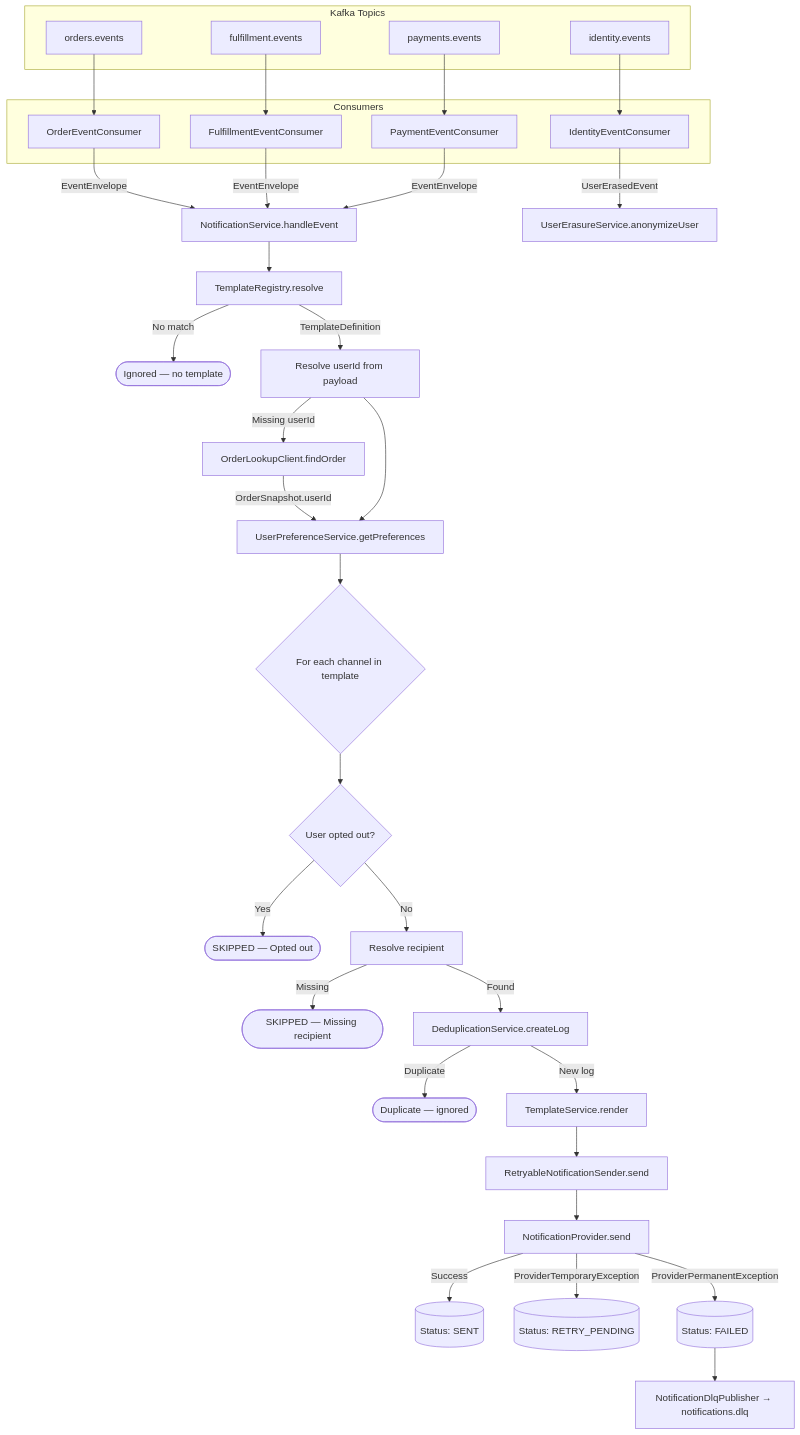
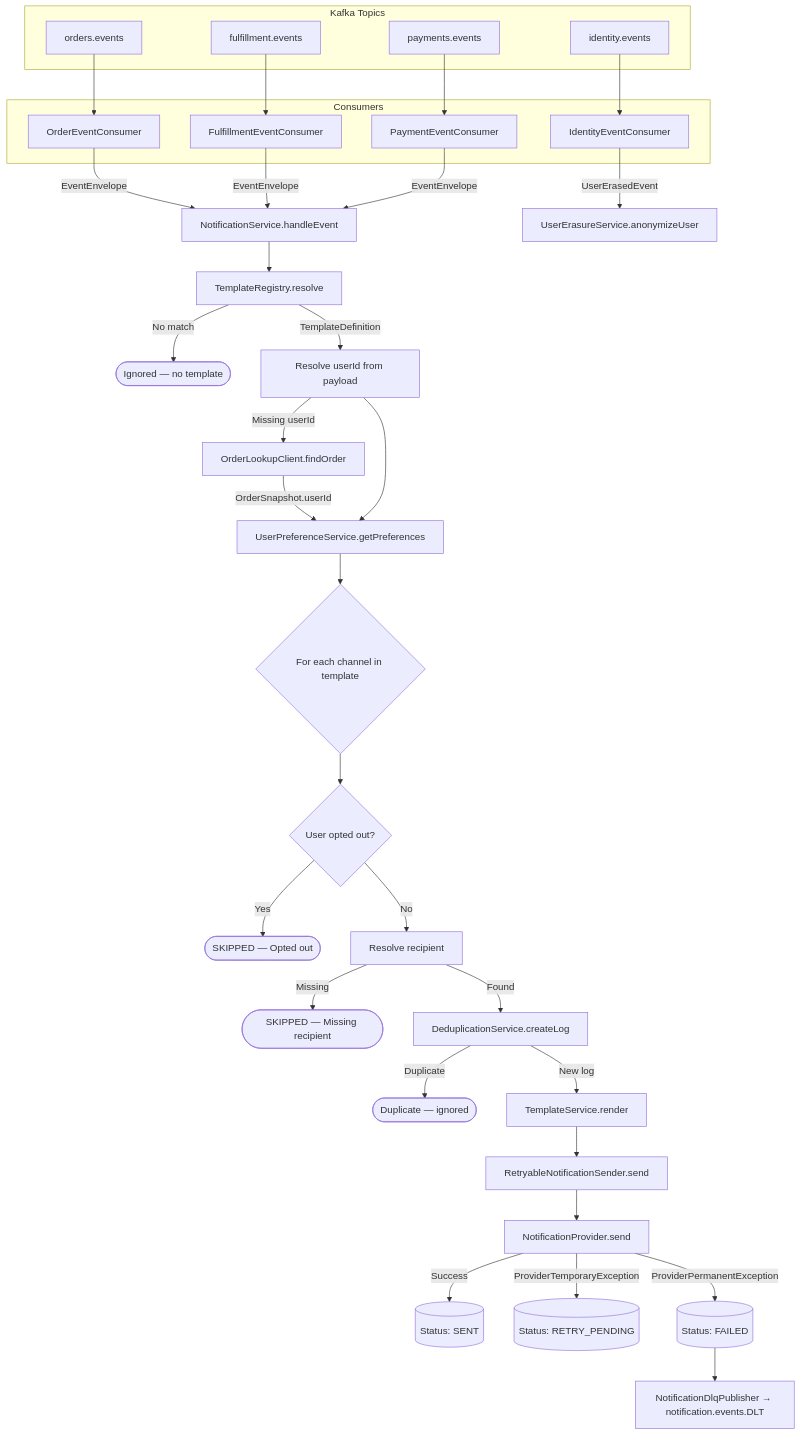
Before and after one commit to sunitakeazycommerz-a11y/InstaCommerce: the first of 6 diagrams in services/notification-service/README.md, drawn with Mermaid. The commit also changed other lines of this file and 33 other files, not shown here.

````diff
--- a/services/notification-service/README.md
+++ b/services/notification-service/README.md
@@ -47,50 +47,50 @@
 ```mermaid
 flowchart TD
     subgraph Kafka Topics
         OT[orders.events]
         FT[fulfillment.events]
         PT[payments.events]
         IT[identity.events]
     end
 
     subgraph Consumers
         OC[OrderEventConsumer]
         FC[FulfillmentEventConsumer]
         PC[PaymentEventConsumer]
         IC[IdentityEventConsumer]
     end
 
     OT --> OC
     FT --> FC
     PT --> PC
     IT --> IC
 
     OC --> |EventEnvelope| NS[NotificationService.handleEvent]
     FC --> |EventEnvelope| NS
     PC --> |EventEnvelope| NS
 
     IC --> |UserErasedEvent| UES[UserErasureService.anonymizeUser]
 
     NS --> TR[TemplateRegistry.resolve]
     TR --> |No match| DROP([Ignored — no template])
     TR --> |TemplateDefinition| UID[Resolve userId from payload]
     UID --> |Missing userId| OLC[OrderLookupClient.findOrder]
     OLC --> |OrderSnapshot.userId| PREFS
 
     UID --> PREFS[UserPreferenceService.getPreferences]
     PREFS --> LOOP{For each channel in template}
 
     LOOP --> OPT{User opted out?}
     OPT --> |Yes| SKIP([SKIPPED — Opted out])
     OPT --> |No| RCPT[Resolve recipient]
     RCPT --> |Missing| SKIPR([SKIPPED — Missing recipient])
     RCPT --> |Found| DEDUP[DeduplicationService.createLog]
     DEDUP --> |Duplicate| DUP([Duplicate — ignored])
     DEDUP --> |New log| RENDER[TemplateService.render]
     RENDER --> SEND[RetryableNotificationSender.send]
     SEND --> PROVIDER[NotificationProvider.send]
     PROVIDER --> |Success| SENT[(Status: SENT)]
     PROVIDER --> |ProviderTemporaryException| RETRY[(Status: RETRY_PENDING)]
     PROVIDER --> |ProviderPermanentException| FAIL[(Status: FAILED)]
-    FAIL --> DLQ[NotificationDlqPublisher → notifications.dlq]
+    FAIL --> DLQ[NotificationDlqPublisher → notification.events.DLT]
 ```
````
